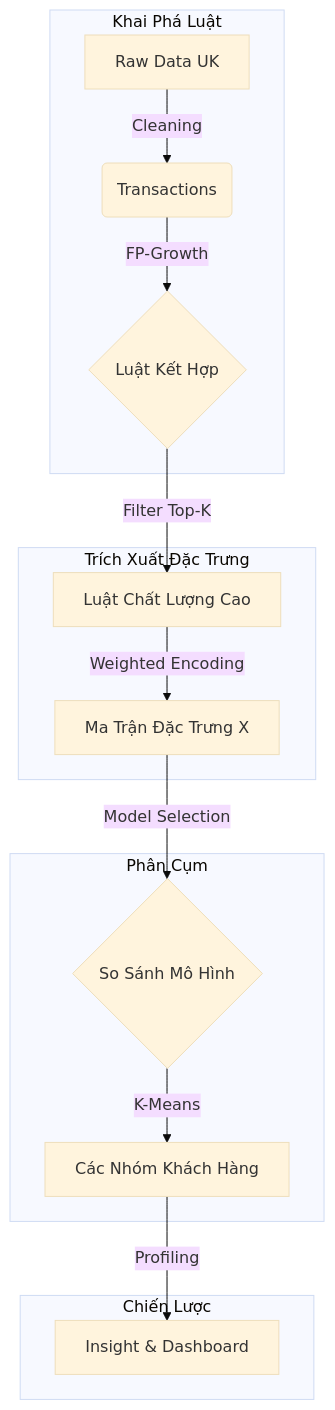
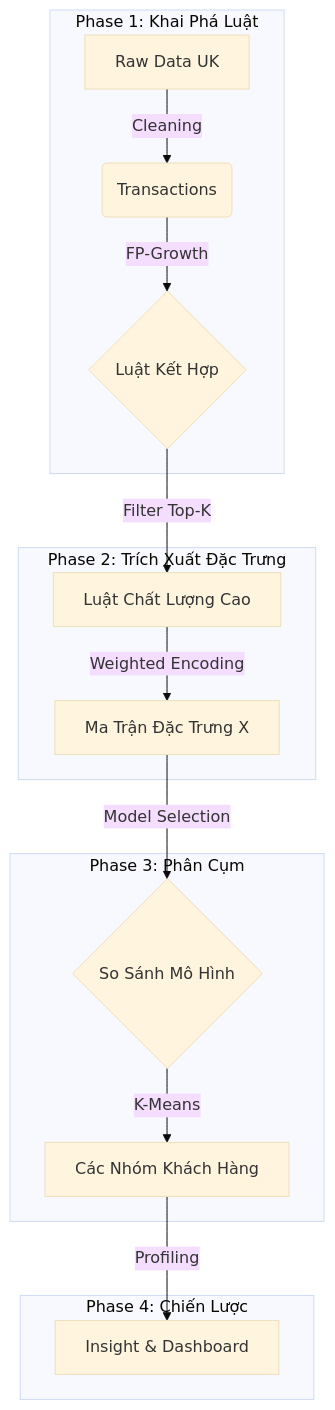
Before and after one commit to nguyenphuomgnam/shop_cluster: the diagram in README.md, drawn with Mermaid (base theme).

Commit message:
Update project: Complete clustering pipeline and readme

````diff
--- a/README.md
+++ b/README.md
@@ -55,21 +55,21 @@
 ```mermaid
 graph TD
-    subgraph Phase 1: Mining [Khai Phá Luật]
-    A[Raw Data UK] -->|Cleaning| B(Transactions)
-    B -->|FP-Growth| C{Luật Kết Hợp}
+    subgraph P1 [Phase 1: Khai Phá Luật]
+        A[Raw Data UK] -->|Cleaning| B(Transactions)
+        B -->|FP-Growth| C{Luật Kết Hợp}
     end
 
-    subgraph Phase 2: Features [Trích Xuất Đặc Trưng]
-    C -->|Filter Top-K| D[Luật Chất Lượng Cao]
-    D -->|Weighted Encoding| E[Ma Trận Đặc Trưng X]
+    subgraph P2 [Phase 2: Trích Xuất Đặc Trưng]
+        C -->|Filter Top-K| D[Luật Chất Lượng Cao]
+        D -->|Weighted Encoding| E[Ma Trận Đặc Trưng X]
     end
 
-    subgraph Phase 3: Clustering [Phân Cụm]
-    E -->|Model Selection| F{So Sánh Mô Hình}
-    F -->|K-Means| G[Các Nhóm Khách Hàng]
+    subgraph P3 [Phase 3: Phân Cụm]
+        E -->|Model Selection| F{So Sánh Mô Hình}
+        F -->|K-Means| G[Các Nhóm Khách Hàng]
     end
 
-    subgraph Phase 4: Action [Chiến Lược]
-    G -->|Profiling| H[Insight & Dashboard]
+    subgraph P4 [Phase 4: Chiến Lược]
+        G -->|Profiling| H[Insight & Dashboard]
     end
 ```
````
